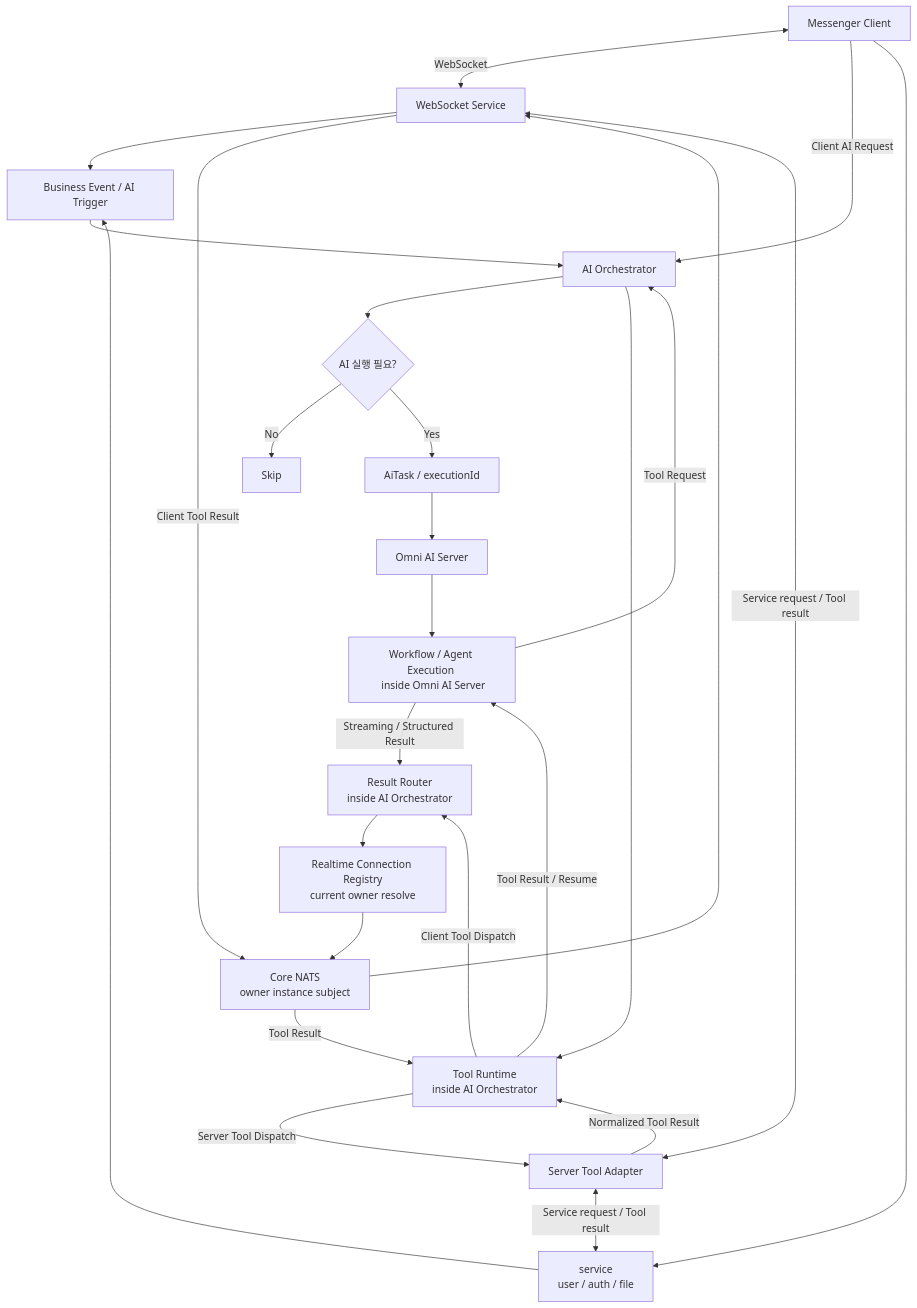
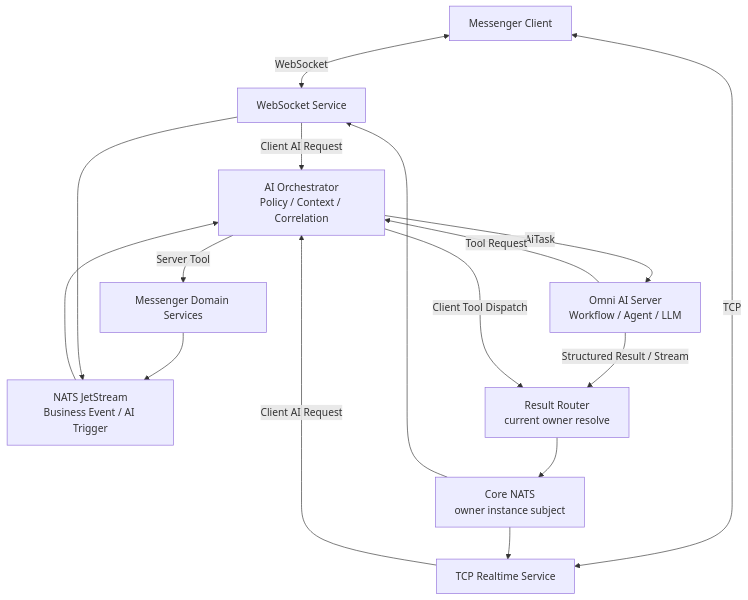
One commit to kipo3195/omni-ai-architecture changed the diagram in README.md. Above: the diagram before and after it, drawn with Mermaid. The commit also changed other lines of this file and 75 other files, not shown here.

````diff
--- a/README.md
+++ b/README.md
@@ -96,33 +43,28 @@
 ```mermaid
 flowchart TD
-    A[Messenger Client] <-->|WebSocket| B[WebSocket Service]
-    A -->|Client AI Request| G[AI Orchestrator]
-    A --> C[service<br/> user / auth / file]
+    C[Messenger Client]
+    W[WebSocket Service]
+    T[TCP Realtime Service]
+    S[Messenger Domain Services]
+    J[NATS JetStream<br/>Business Event / AI Trigger]
+    O[AI Orchestrator<br/>Policy / Context / Correlation]
+    A[Omni AI Server<br/>Workflow / Agent / LLM]
+    R[Result Router<br/>current owner resolve]
+    N[Core NATS<br/>owner instance subject]
 
-    C --> F[Business Event / AI Trigger]
-    B --> F
-    F --> G
-
-    G --> H{AI 실행 필요?}
-    H -- No --> I[Skip]
-    H -- Yes --> J[AiTask / executionId]
-    J --> K[Omni AI Server]
-
-    K --> M[Workflow / Agent Execution <br/> inside Omni AI Server]
-    M -->|Tool Request| G
-    G --> L[Tool Runtime<br/>inside AI Orchestrator]
-    L -->|Server Tool Dispatch| N[Server Tool Adapter]
-    N <-->|Service request / Tool result| B
-    N <-->|Service request / Tool result| C
-    N -->|Normalized Tool Result| L
-
-    L -->|Client Tool Dispatch| R[Result Router<br/>inside AI Orchestrator]
-    R --> Q[Realtime Connection Registry<br/>current owner resolve]
-    Q --> P[Core NATS<br/>owner instance subject]
-    P --> B
-    B -->|Client Tool Result| P
-    P -->|Tool Result| L
-    L -->|Tool Result / Resume| M
-
-    M -->|Streaming / Structured Result| R
+    C <-->|WebSocket| W
+    C <-->|TCP| T
+    W -->|Client AI Request| O
+    T -->|Client AI Request| O
+    S --> J
+    W --> J
+    J --> O
+    O -->|AiTask| A
+    A -->|Tool Request| O
+    O -->|Server Tool| S
+    A -->|Structured Result / Stream| R
+    O -->|Client Tool Dispatch| R
+    R --> N
+    N --> W
+    N --> T
 ```
````
